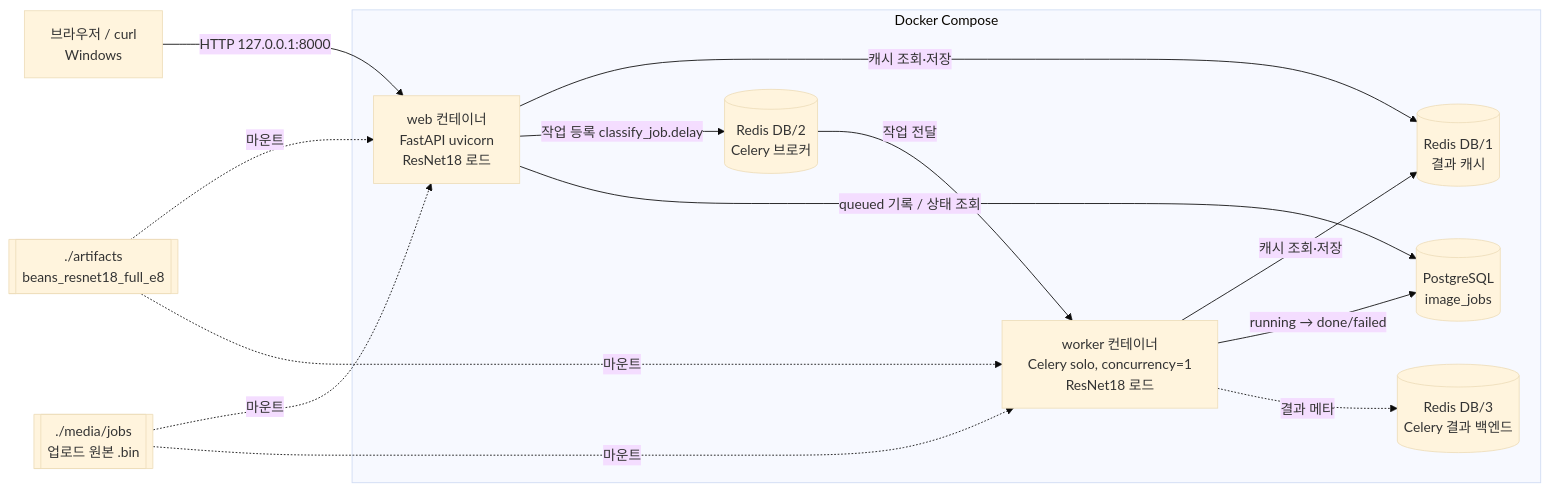
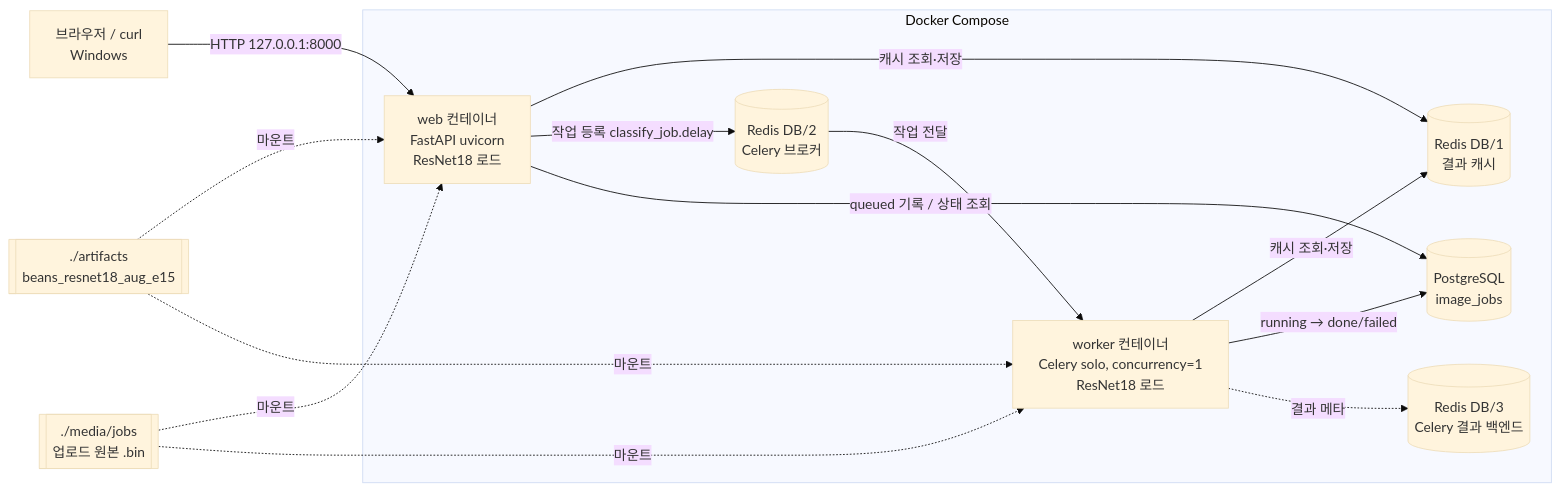
One commit to gksk9063-ops/beans-fastapi changed the diagram in reports/02_시스템_아키텍처.md. Above: the diagram before and after it, drawn with Mermaid (base theme). The commit also changed other lines of this file and 7 other files, not shown here.

````diff
--- a/reports/02_시스템_아키텍처.md
+++ b/reports/02_시스템_아키텍처.md
@@ -9,23 +9,23 @@
 ```mermaid
 flowchart LR
   B[브라우저 / curl<br>Windows] -->|HTTP 127.0.0.1:8000| W
   subgraph Docker Compose
     W[web 컨테이너<br>FastAPI uvicorn<br>ResNet18 로드]
     K[worker 컨테이너<br>Celery solo, concurrency=1<br>ResNet18 로드]
     R1[(Redis DB/1<br>결과 캐시)]
     R2[(Redis DB/2<br>Celery 브로커)]
     R3[(Redis DB/3<br>Celery 결과 백엔드)]
     P[(PostgreSQL<br>image_jobs)]
   end
   W -->|캐시 조회·저장| R1
   W -->|작업 등록 classify_job.delay| R2
   W -->|queued 기록 / 상태 조회| P
   R2 -->|작업 전달| K
   K -->|캐시 조회·저장| R1
   K -->|running → done/failed| P
   K -.->|결과 메타| R3
-  A[[./artifacts<br>beans_resnet18_full_e8]] -.마운트.-> W
+  A[[./artifacts<br>beans_resnet18_aug_e15]] -.마운트.-> W
   A -.마운트.-> K
   M[[./media/jobs<br>업로드 원본 .bin]] -.마운트.-> W
   M -.마운트.-> K
 ```
````
